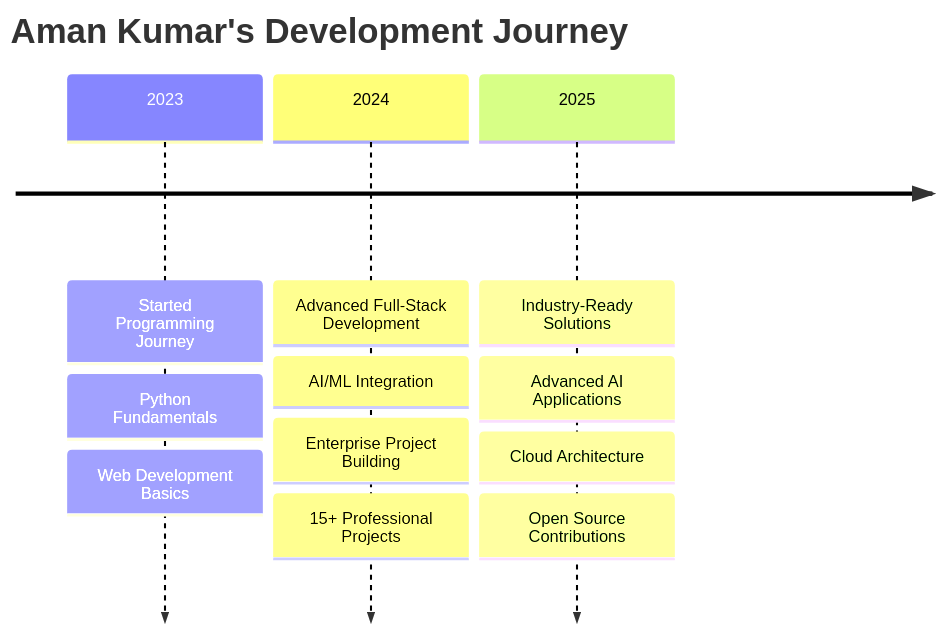
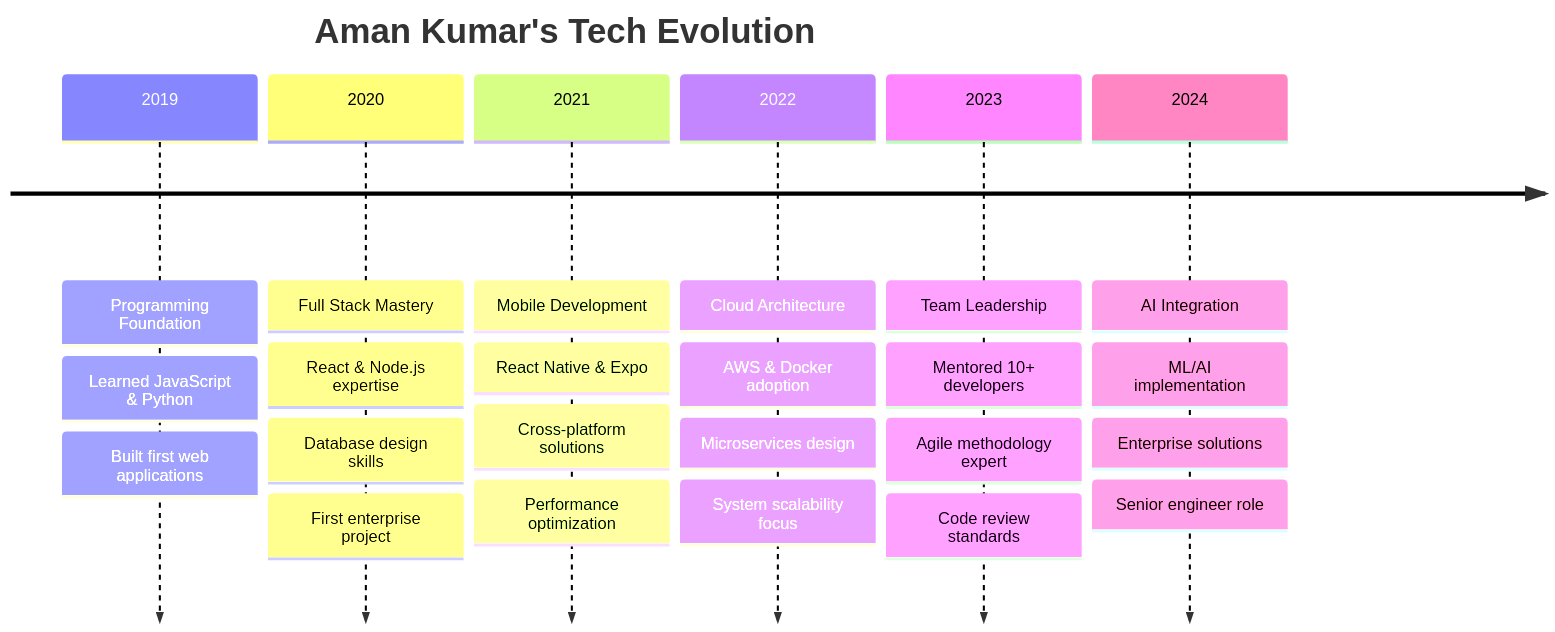
One commit to Amankumar006/Amankumar006 changed the diagram in README.md. Above: the diagram before and after it, drawn with Mermaid. The commit also changed other lines of this file, not shown here.

````diff
--- a/README.md
+++ b/README.md
@@ -98,18 +280,33 @@
 ```mermaid
 timeline
-    title Aman Kumar's Development Journey
+    title Aman Kumar's Tech Evolution
     
-    2023 : Started Programming Journey
-         : Python Fundamentals
-         : Web Development Basics
+    2019    : Programming Foundation
+            : Learned JavaScript & Python
+            : Built first web applications
     
-    2024 : Advanced Full-Stack Development
-         : AI/ML Integration
-         : Enterprise Project Building
-         : 15+ Professional Projects
+    2020    : Full Stack Mastery
+            : React & Node.js expertise
+            : Database design skills
+            : First enterprise project
     
-    2025 : Industry-Ready Solutions
-         : Advanced AI Applications
-         : Cloud Architecture
-         : Open Source Contributions
+    2021    : Mobile Development
+            : React Native & Expo
+            : Cross-platform solutions
+            : Performance optimization
+    
+    2022    : Cloud Architecture
+            : AWS & Docker adoption
+            : Microservices design
+            : System scalability focus
+    
+    2023    : Team Leadership
+            : Mentored 10+ developers
+            : Agile methodology expert
+            : Code review standards
+    
+    2024    : AI Integration
+            : ML/AI implementation
+            : Enterprise solutions
+            : Senior engineer role
 ```
````
